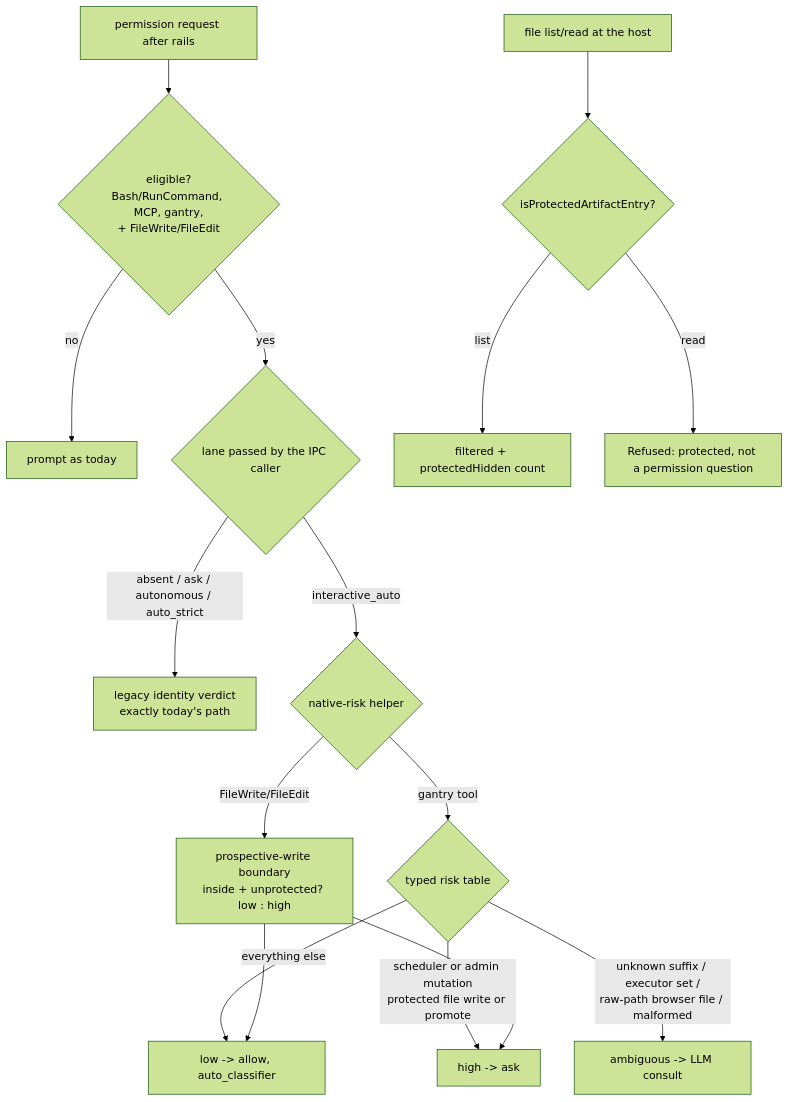
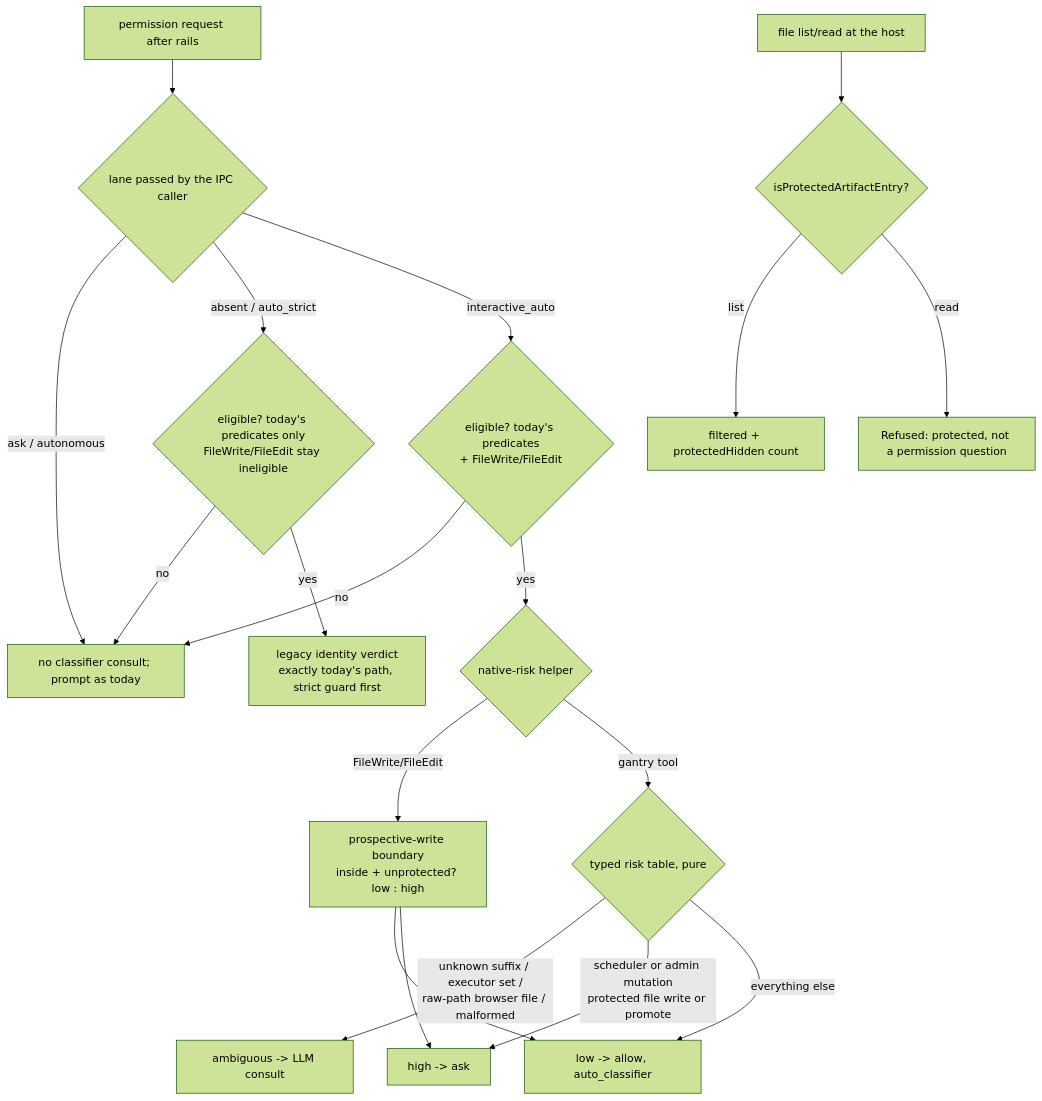
The diagram in plans/exploration/askfloor-1-t2b-taskplan.md (knacklabs/gantry), drawn with Mermaid (forest theme) before and after one commit. The commit also changed 6 other files, not shown here.

Commit message:
plan(ASKFLOOR-1-T2b): fold grill r5 (objective lists browser raw paths as ambiguous; lane-first workflow diagram); r6 brief

````diff
--- a/plans/exploration/askfloor-1-t2b-taskplan.md
+++ b/plans/exploration/askfloor-1-t2b-taskplan.md
@@ -40,18 +40,21 @@
 ```mermaid
 flowchart TD
-  R[permission request after rails] --> E{eligible?\nBash/RunCommand, MCP, gantry,\n+ FileWrite/FileEdit}
-  E -- no --> P[prompt as today]
-  E -- yes --> L{lane passed by the IPC caller}
-  L -- absent / ask / autonomous / auto_strict --> LEG[legacy identity verdict\nexactly today's path]
-  L -- interactive_auto --> N{native-risk helper}
+  R[permission request after rails] --> L{lane passed by the IPC caller}
+  L -- ask / autonomous --> P[no classifier consult; prompt as today]
+  L -- absent / auto_strict --> E0{eligible? today's predicates only\nFileWrite/FileEdit stay ineligible}
+  E0 -- no --> P
+  E0 -- yes --> LEG[legacy identity verdict\nexactly today's path, strict guard first]
+  L -- interactive_auto --> E1{eligible? today's predicates\n+ FileWrite/FileEdit}
+  E1 -- no --> P
+  E1 -- yes --> N{native-risk helper}
   N -- FileWrite/FileEdit --> W[prospective-write boundary\ninside + unprotected? low : high]
-  N -- gantry tool --> T{typed risk table}
+  N -- gantry tool --> T{typed risk table, pure}
   T -- unknown suffix / executor set /\nraw-path browser file / malformed --> A[ambiguous -> LLM consult]
   T -- scheduler or admin mutation\nprotected file write or promote --> H[high -> ask]
   T -- everything else --> LO[low -> allow, auto_classifier]
   W --> LO
   W --> H
   F[file list/read at the host] --> X{isProtectedArtifactEntry?}
   X -- list --> C[filtered + protectedHidden count]
   X -- read --> D[Refused: protected, not a permission question]
 ```
````
